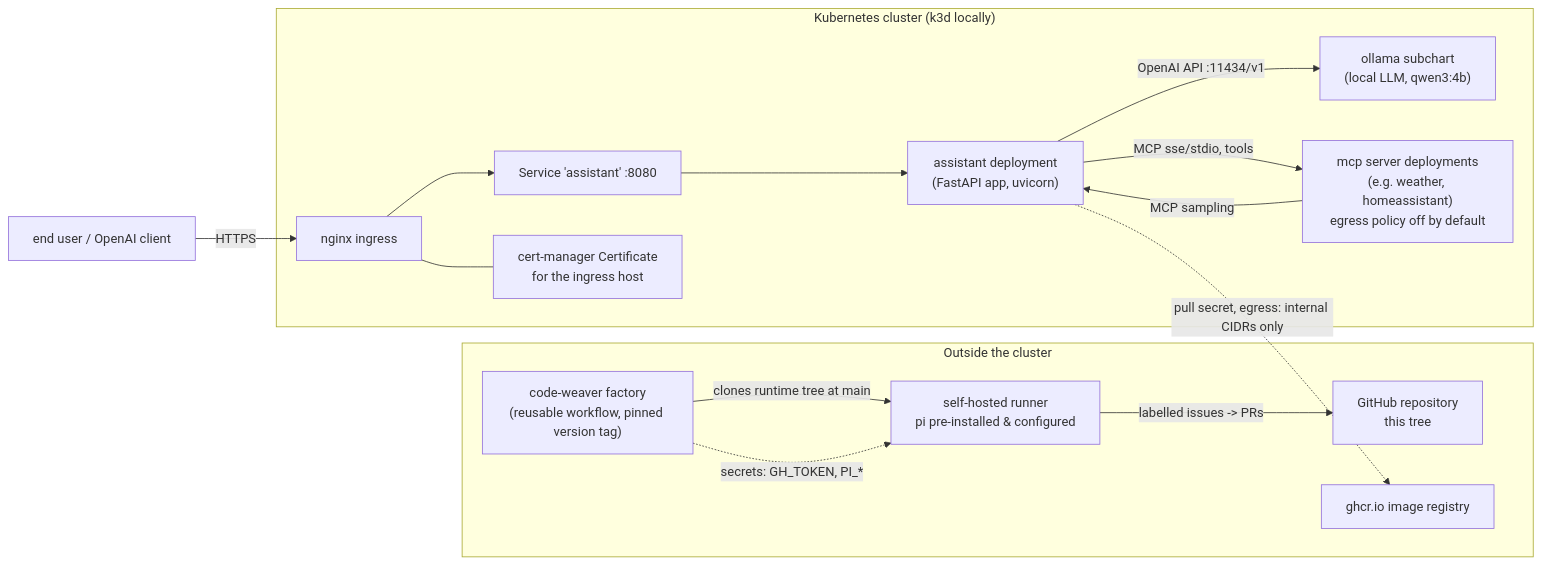
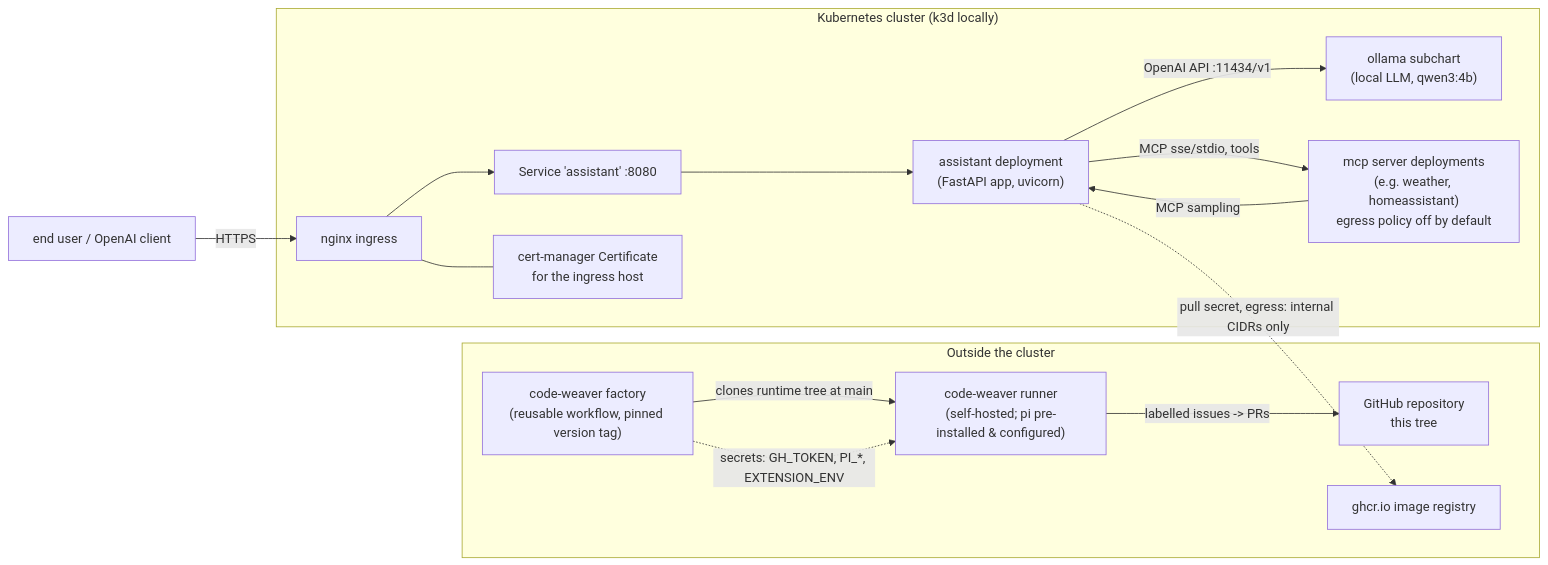
The diagram in docs/06-system-context.md (MelvinKl/chat_assistant), drawn with Mermaid before and after one commit. The commit also changed other lines of this file and 36 other files, not shown here.

First line of the commit message:
🏭 code-weaver: Add stages  (#14)

````diff
--- a/docs/06-system-context.md
+++ b/docs/06-system-context.md
@@ -5,29 +5,29 @@
 ```mermaid
 flowchart LR
     subgraph outside["Outside the cluster"]
         GH[GitHub repository<br/>this tree]
         FACTORY["code-weaver factory<br/>(reusable workflow, pinned version tag)"]
-        RUNNER["self-hosted runner<br/>pi pre-installed & configured"]
+        RUNNER["code-weaver runner<br/>(self-hosted; pi pre-installed & configured)"]
         GHCR[ghcr.io image registry]
     end
 
     subgraph cluster["Kubernetes cluster (k3d locally)"]
         INGRESS[nginx ingress]
         SVC["Service 'assistant' :8080"]
         ASST["assistant deployment<br/>(FastAPI app, uvicorn)"]
         OLLAMA["ollama subchart<br/>(local LLM, qwen3:4b)"]
         MCPW["mcp server deployments<br/>(e.g. weather, homeassistant)<br/>egress policy off by default"]
         TLS[cert-manager Certificate<br/>for the ingress host]
     end
 
     USER[end user / OpenAI client] -->|HTTPS| INGRESS
     INGRESS --> SVC --> ASST
     ASST -->|OpenAI API :11434/v1| OLLAMA
     ASST -->|MCP sse/stdio, tools| MCPW
     MCPW -->|MCP sampling| ASST
     ASST -.->|pull secret, egress: internal CIDRs only| GHCR
     FACTORY -->|clones runtime tree at main| RUNNER
     RUNNER -->|labelled issues -> PRs| GH
-    FACTORY -.->|secrets: GH_TOKEN, PI_*| RUNNER
+    FACTORY -.->|secrets: GH_TOKEN, PI_*, EXTENSION_ENV| RUNNER
     INGRESS --- TLS
 ```
````
